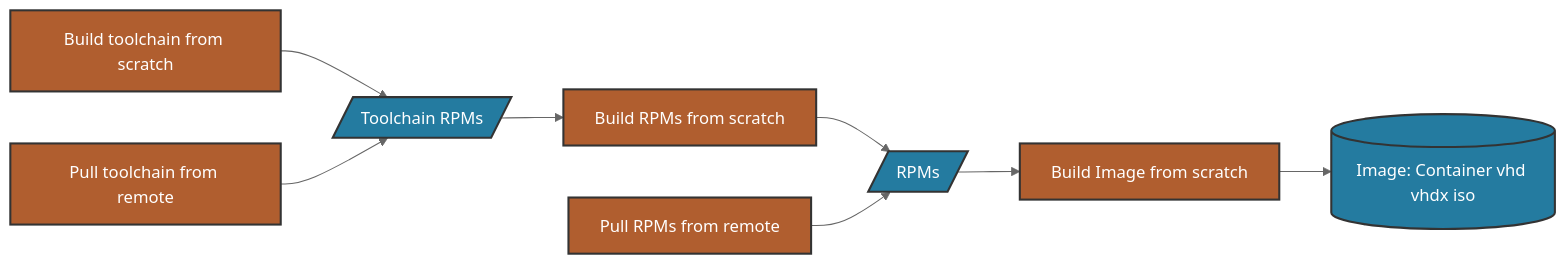
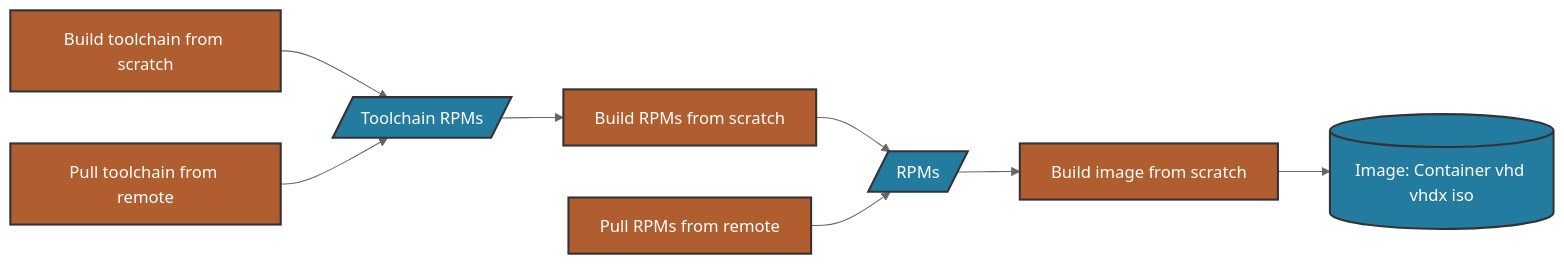
Before and after one commit to microsoft/azurelinux: the third of 6 diagrams in toolkit/docs/how_it_works/0_intro.md, drawn with Mermaid (neutral theme). The commit also changed other lines of this file, not shown here.

Commit message:
Standardize graph link syntax and capitals

````diff
--- a/toolkit/docs/how_it_works/0_intro.md
+++ b/toolkit/docs/how_it_works/0_intro.md
@@ -67,29 +67,29 @@
 ```mermaid
 flowchart LR
     %% style definitions
     classDef io fill:#247BA0,stroke:#333,stroke-width:2px,color:#fff;
     classDef process fill:#B05E2F,stroke:#333,stroke-width:2px,color:#fff;
     classDef decision fill:#51344D,stroke:#333,stroke-width:2px,color:#fff;
     classDef goodState fill:#566E40,stroke:#333,stroke-width:2px,color:#fff;
     classDef badState fill:#BC4B51,stroke:#333,stroke-width:2px,color:#fff;
 
     %% nodes
     buildTC[Build toolchain from scratch]:::process
     pullTC[Pull toolchain from remote]:::process
     tcRPMS[/Toolchain RPMs/]:::io
     buildRPMS[Build RPMs from scratch]:::process
     pullRPMS[Pull RPMs from remote]:::process
     rpms[/RPMs/]:::io
-    buildImage[Build Image from scratch]:::process
+    buildImage[Build image from scratch]:::process
     image[(Image: Container vhd vhdx iso)]:::io
 
     %% node flow
     buildTC --> tcRPMS
     pullTC --> tcRPMS
     tcRPMS --> buildRPMS
     buildRPMS --> rpms
     pullRPMS --> rpms
     rpms --> buildImage
     buildImage --> image
 
 ```
````
